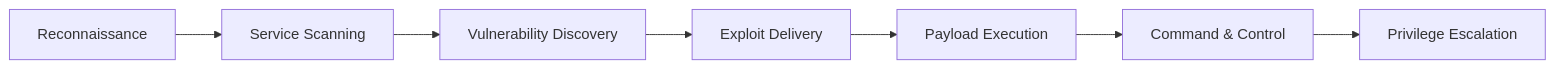
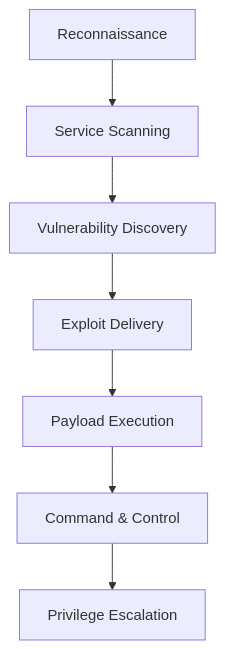
Diagram 18 of 21 in docs/Sem-5/Theory/MFW/O-syl/u2.mdx (ankur3-101106/portfolio), drawn with Mermaid before and after one commit. The commit also changed other lines of this file and 3 other files, not shown here.

Commit message:
docs(mfw): refine diagram orientations and standardize admonitions in old syllabus notes

````diff
--- a/docs/Sem-5/Theory/MFW/O-syl/u2.mdx
+++ b/docs/Sem-5/Theory/MFW/O-syl/u2.mdx
@@ -667,9 +667,9 @@
 ```mermaid
-flowchart LR
+flowchart TD
   R["Reconnaissance"] --> S["Service Scanning"]
   S --> V["Vulnerability Discovery"]
   V --> E["Exploit Delivery"]
   E --> P["Payload Execution"]
   P --> C["Command & Control"]
   C --> Esc["Privilege Escalation"]
 ```
````
